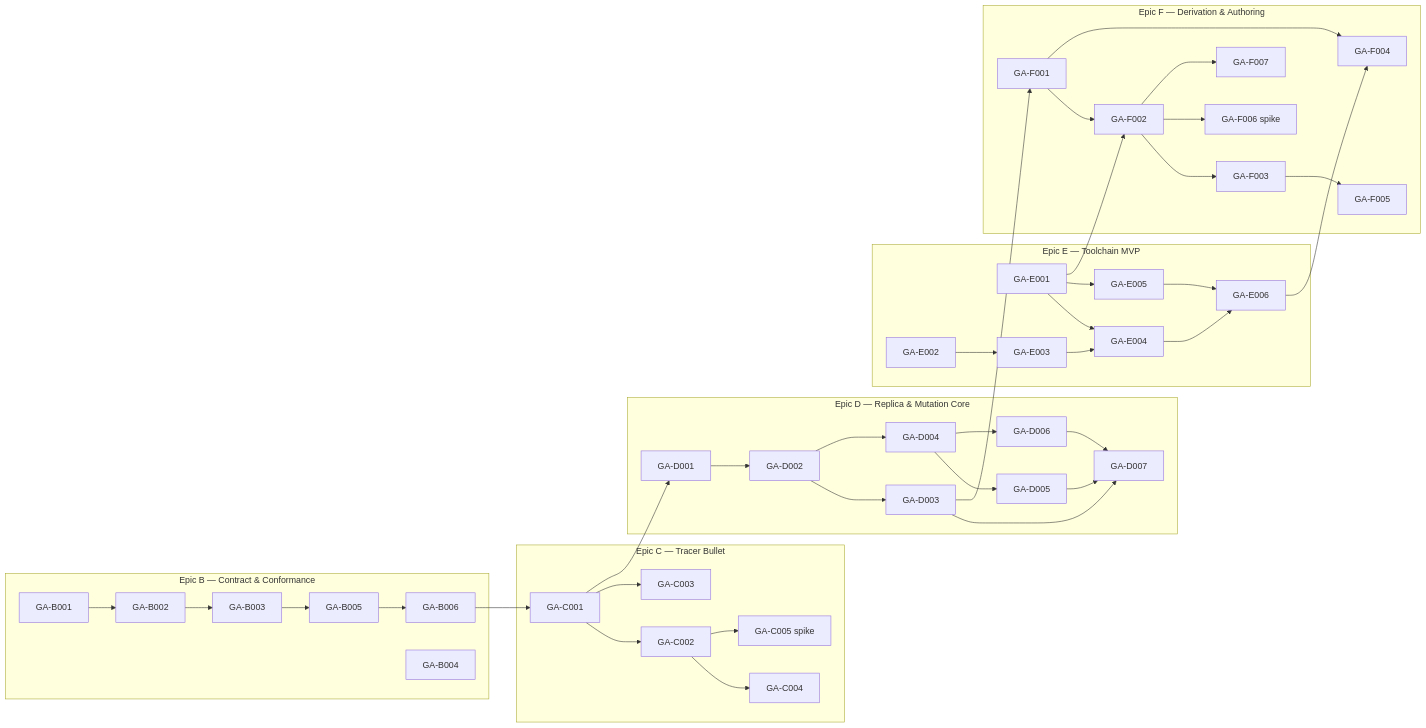
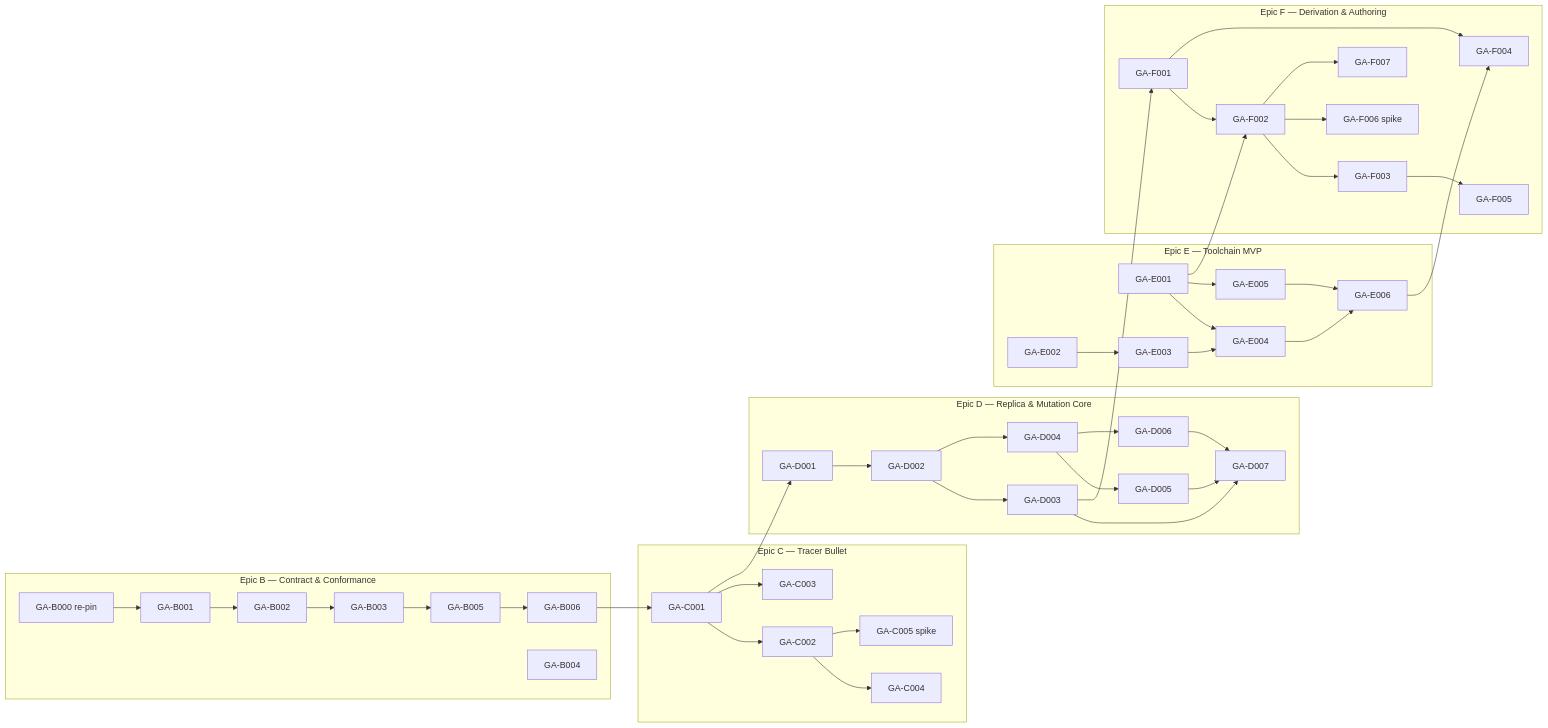
One commit to SkrOYC/gpui-admin changed the diagram in .constitution/tasks/critical-path.md. Above: the diagram before and after it, drawn with Mermaid. The commit also changed other lines of this file and 4 other files, not shown here.

````diff
--- a/.constitution/tasks/critical-path.md
+++ b/.constitution/tasks/critical-path.md
@@ -24,38 +24,36 @@
 ```mermaid
 flowchart LR
     %% Epic A (Foundation & OSS Bootstrap) completed 2026-07-10 — see completed/.
-    %% Its outputs (workspace, CI, licensing, crate reservations, protected master)
-    %% are the substrate B/E build on; GA-A001's gating edges are therefore satisfied.
     subgraph B[Epic B — Contract & Conformance]
-        B001[GA-B001] --> B002[GA-B002] --> B003[GA-B003] --> B005[GA-B005] --> B006[GA-B006]
+        B000[GA-B000 re-pin] --> B001[GA-B001] --> B002[GA-B002] --> B003[GA-B003] --> B005[GA-B005] --> B006[GA-B006]
         B004[GA-B004]
     end
     subgraph C[Epic C — Tracer Bullet]
         C001[GA-C001] --> C002[GA-C002] --> C004[GA-C004]
         C001 --> C003[GA-C003]
         C002 --> C005[GA-C005 spike]
     end
     subgraph D[Epic D — Replica & Mutation Core]
         D001[GA-D001] --> D002[GA-D002] --> D003[GA-D003] --> D007[GA-D007]
         D002 --> D004[GA-D004] --> D005[GA-D005] --> D007
         D004 --> D006[GA-D006] --> D007
     end
     subgraph E[Epic E — Toolchain MVP]
         E001[GA-E001] --> E004[GA-E004]
         E002[GA-E002] --> E003[GA-E003] --> E004
         E001 --> E005[GA-E005]
         E004 --> E006[GA-E006]
         E005 --> E006
     end
     subgraph F[Epic F — Derivation & Authoring]
         F001[GA-F001] --> F002[GA-F002] --> F003[GA-F003] --> F005[GA-F005]
         F001 --> F004[GA-F004]
         F002 --> F006[GA-F006 spike]
         F002 --> F007[GA-F007]
     end
     B006 --> C001
     C001 --> D001
     D003 --> F001
     E001 --> F002
     E006 --> F004
 ```
````
